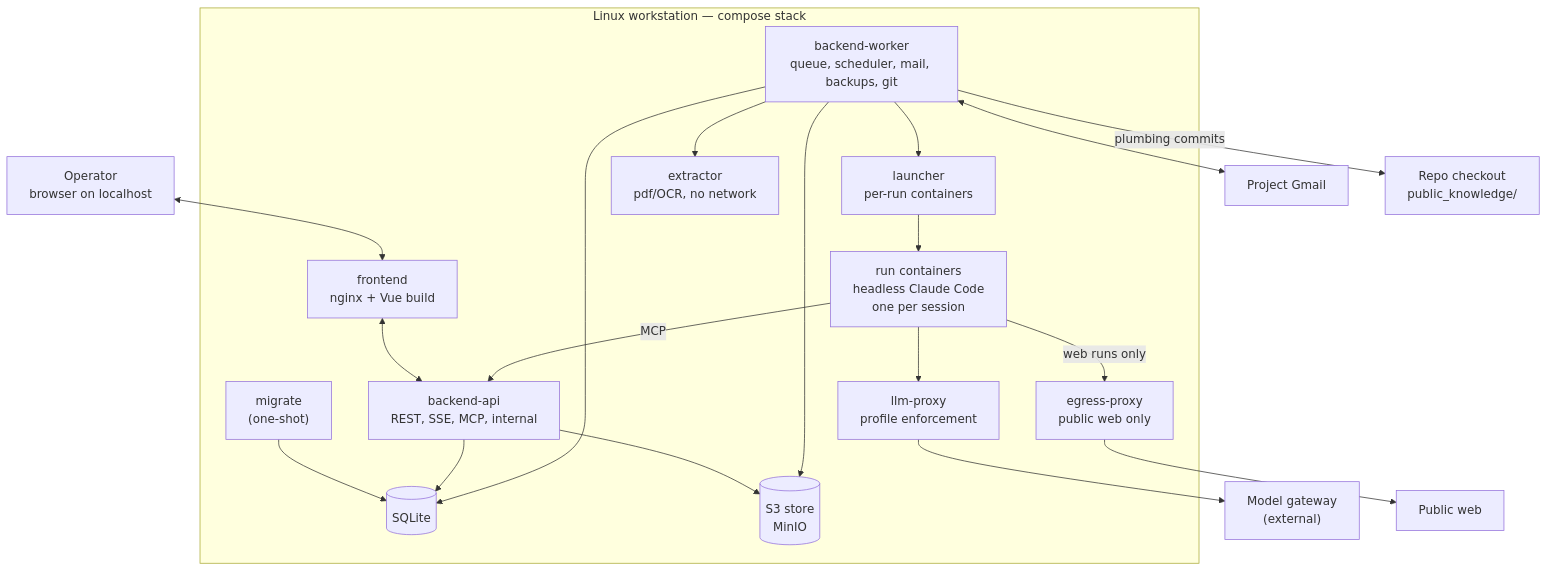
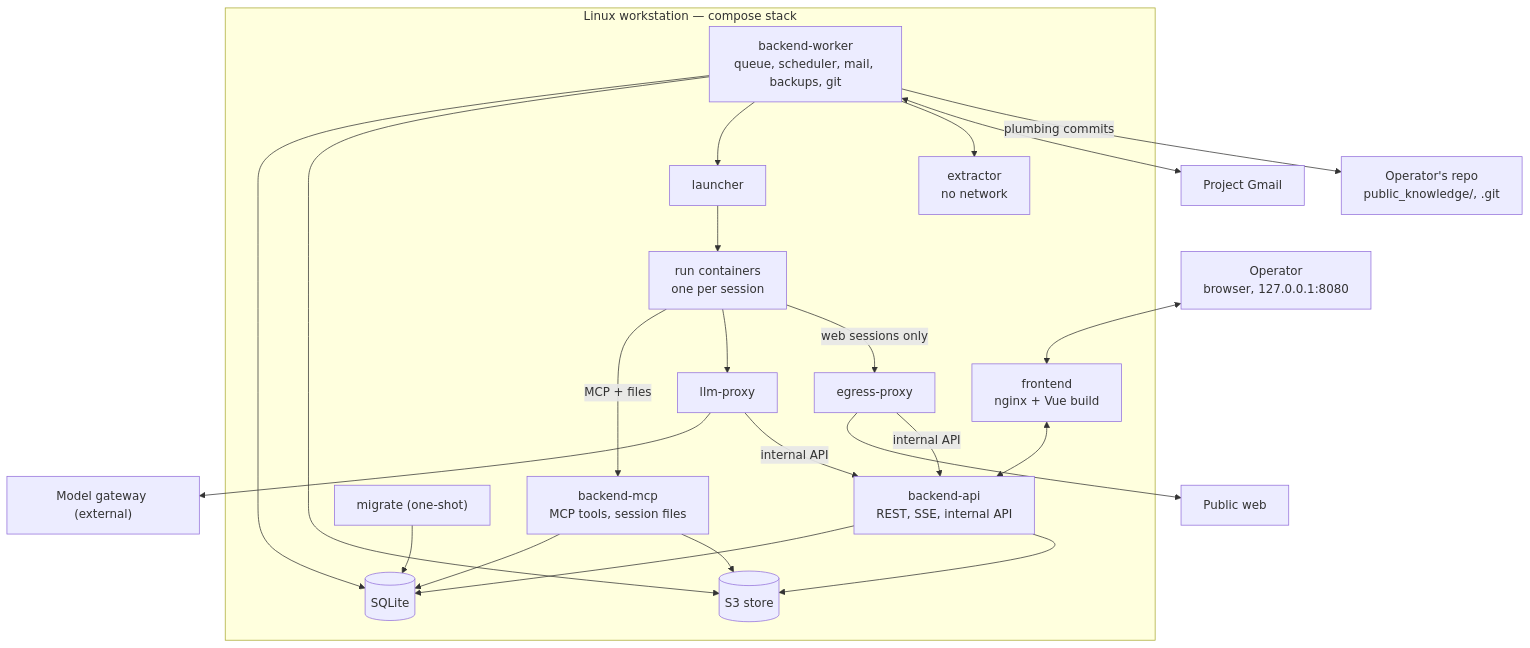
Before and after one commit to forgeit-co/tekton: the diagram in docs/technical-spec.md, drawn with Mermaid. The commit also changed other lines of this file and 2 other files, not shown here.

````diff
--- a/docs/technical-spec.md
+++ b/docs/technical-spec.md
@@ -31,37 +32,42 @@
 ```mermaid
 flowchart TB
-    OP["Operator<br/>browser on localhost"]
+    OP["Operator<br/>browser, 127.0.0.1:8080"]
 
     subgraph WS["Linux workstation — compose stack"]
         FE["frontend<br/>nginx + Vue build"]
-        API["backend-api<br/>REST, SSE, MCP, internal"]
+        API["backend-api<br/>REST, SSE, internal API"]
+        MCP["backend-mcp<br/>MCP tools, session files"]
         WK["backend-worker<br/>queue, scheduler, mail, backups, git"]
-        MIG["migrate<br/>(one-shot)"]
+        MIG["migrate (one-shot)"]
         DB[("SQLite")]
-        S3[("S3 store<br/>MinIO")]
-        LNC["launcher<br/>per-run containers"]
-        EXT["extractor<br/>pdf/OCR, no network"]
-        LLM["llm-proxy<br/>profile enforcement"]
-        EGR["egress-proxy<br/>public web only"]
-        RUN["run containers<br/>headless Claude Code<br/>one per session"]
+        S3[("S3 store")]
+        LNC["launcher"]
+        EXT["extractor<br/>no network"]
+        LLM["llm-proxy"]
+        EGR["egress-proxy"]
+        RUN["run containers<br/>one per session"]
     end
 
-    GW["Model gateway<br/>(external)"]
+    GW["Model gateway (external)"]
     WEB["Public web"]
     GMAIL["Project Gmail"]
-    REPO["Repo checkout<br/>public_knowledge/"]
+    REPO["Operator's repo<br/>public_knowledge/, .git"]
 
     OP <--> FE <--> API
     MIG --> DB
     API --> DB
+    MCP --> DB
     WK --> DB
     API --> S3
+    MCP --> S3
     WK --> S3
     WK --> LNC --> RUN
     WK --> EXT
-    RUN -->|MCP| API
+    RUN -->|MCP + files| MCP
     RUN --> LLM --> GW
-    RUN -->|web runs only| EGR --> WEB
+    RUN -->|web sessions only| EGR --> WEB
+    LLM -->|internal API| API
+    EGR -->|internal API| API
     WK <--> GMAIL
     WK -->|plumbing commits| REPO
 ```
````
